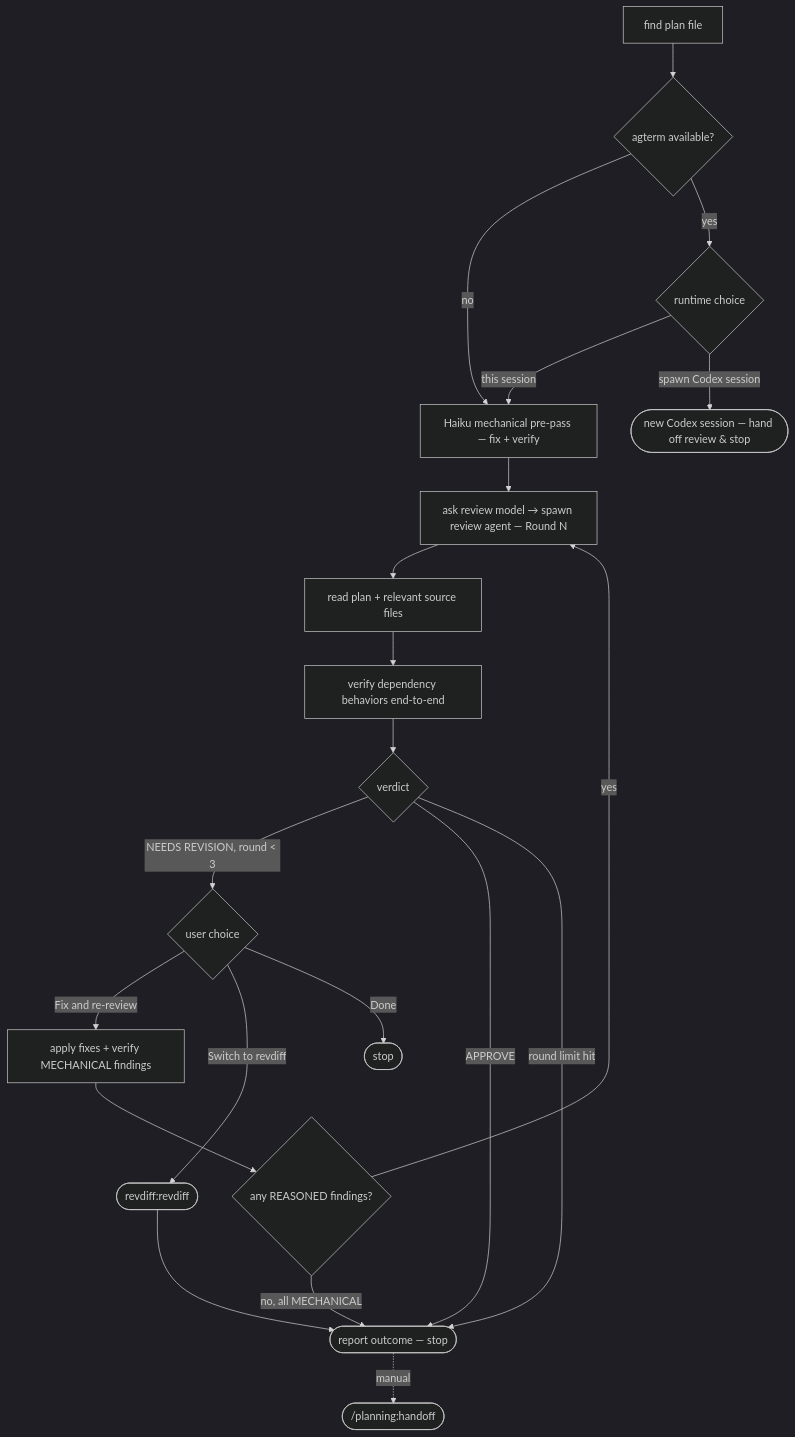
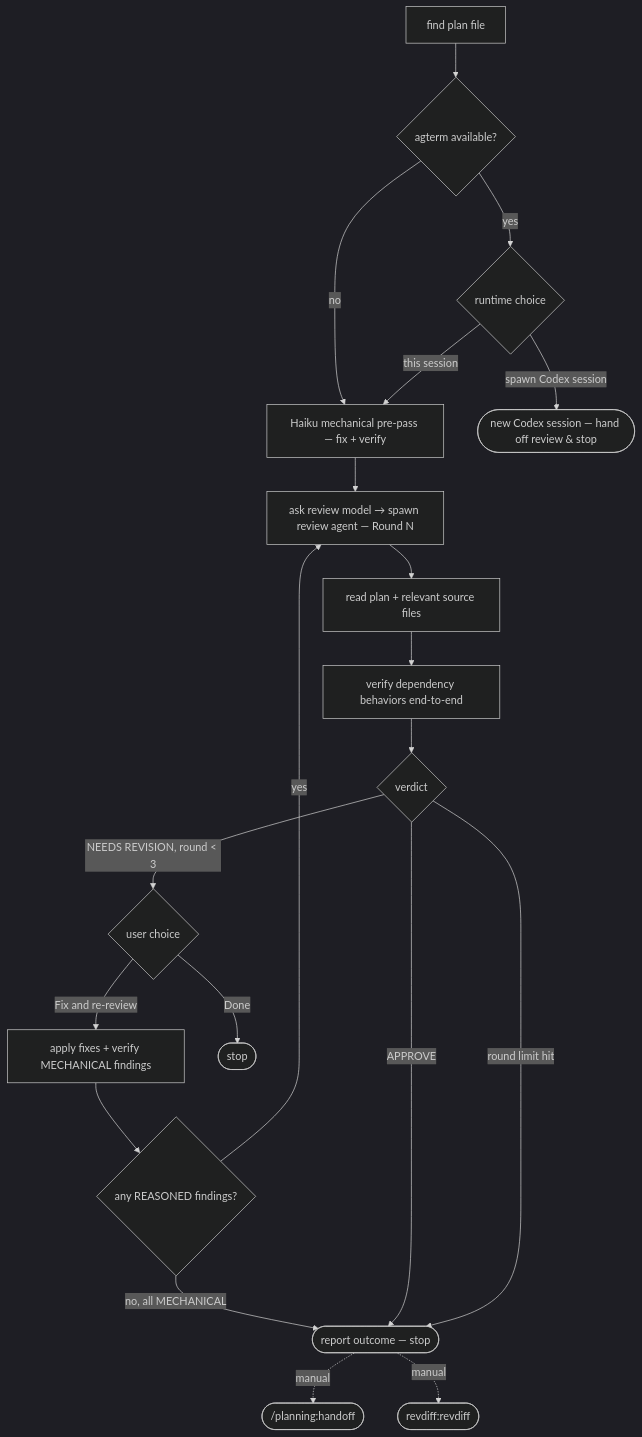
The third of 4 diagrams in README.md (parMaster/claude-dlc), drawn with Mermaid (dark theme) before and after one commit. The commit also changed other lines of this file and 3 other files, not shown here.

````diff
--- a/README.md
+++ b/README.md
@@ -112,23 +112,22 @@
 ```mermaid
 flowchart TD
     A["find plan file"] --> A1{"agterm available?"}
     A1 -->|no| A2["Haiku mechanical pre-pass — fix + verify"]
     A1 -->|yes| A15{"runtime choice"}
     A15 -->|"this session"| A2
     A15 -->|"spawn Codex session"| CX(["new Codex session — hand off review & stop"])
     A2 --> B["ask review model → spawn review agent — Round N"]
     B --> C["read plan + relevant source files"]
     C --> D["verify dependency behaviors end-to-end"]
     D --> E{"verdict"}
     E -->|"NEEDS REVISION, round < 3"| G{"user choice"}
     G -->|"Fix and re-review"| H["apply fixes + verify MECHANICAL findings"]
     H --> H2{"any REASONED findings?"}
     H2 -->|yes| B
     H2 -->|"no, all MECHANICAL"| M
-    G -->|"Switch to revdiff"| RD(["revdiff:revdiff"])
     G -->|Done| STOP(["stop"])
     E -->|APPROVE| M(["report outcome — stop"])
     E -->|"round limit hit"| M
-    RD --> M
     M -.->|manual| SESS(["/planning:handoff"])
+    M -.->|manual| RD(["revdiff:revdiff"])
 ```
````
